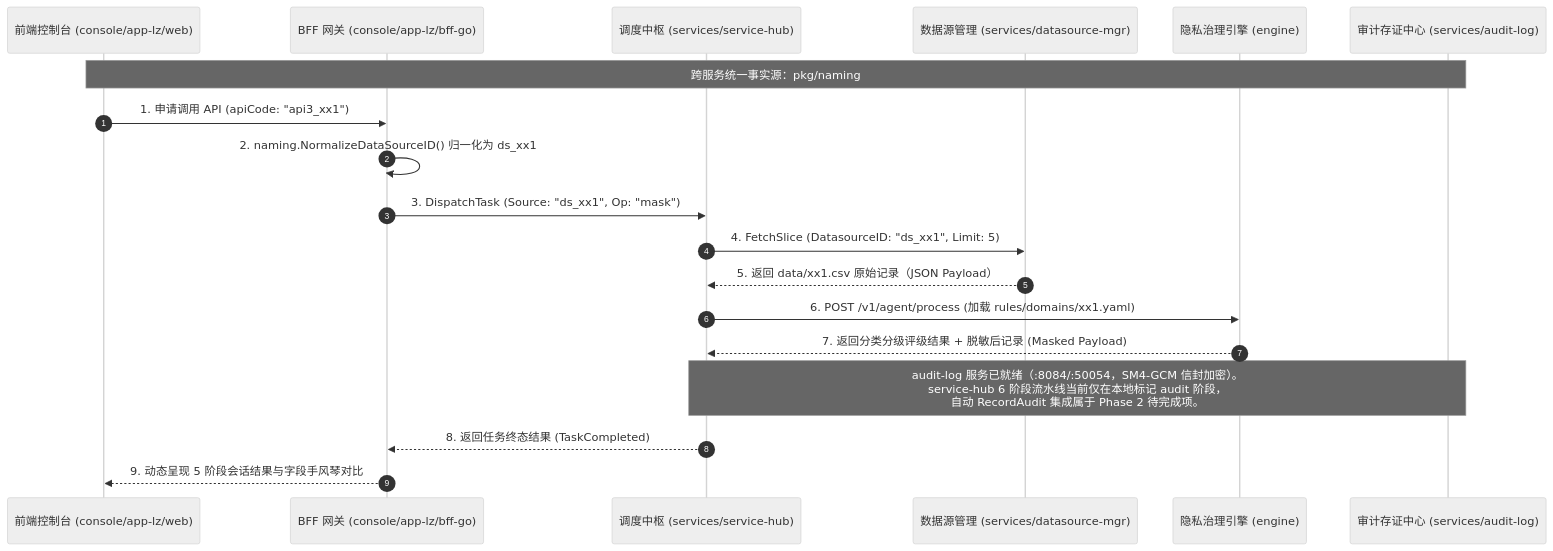
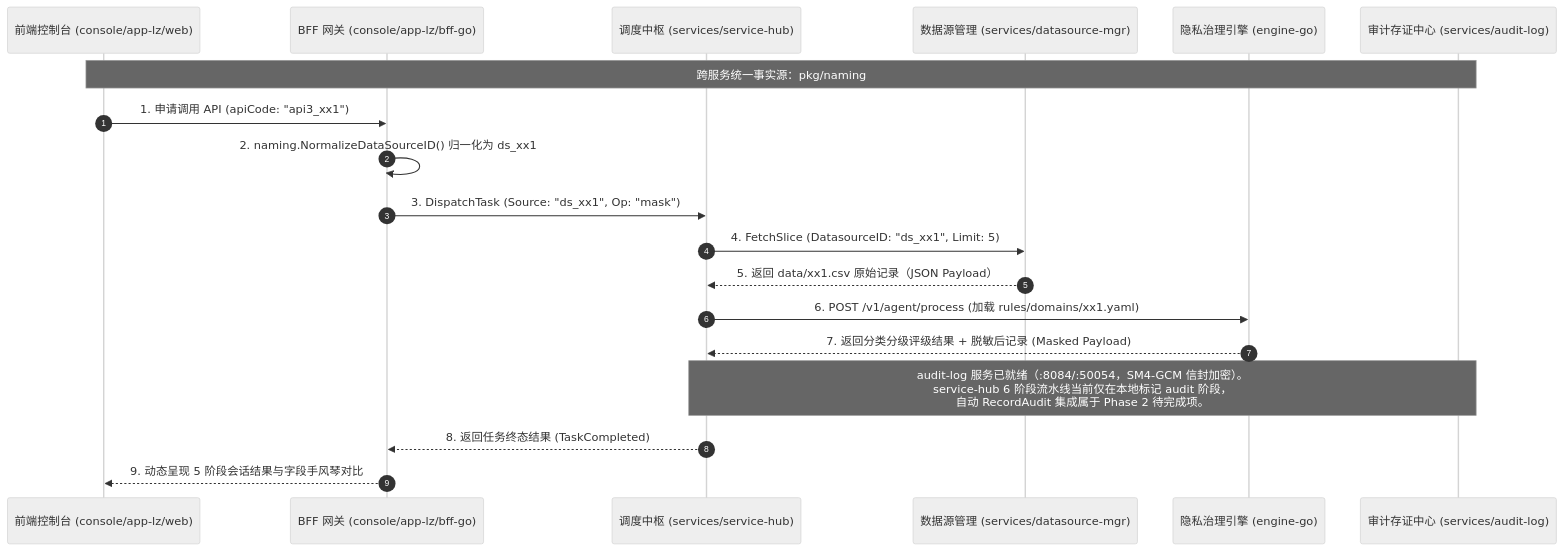
Before and after one commit to fengzhizi319/PrivShield: the first of 2 diagrams in docs/architecture/new_api_design.md, drawn with Mermaid (neutral theme). The commit also changed other lines of this file and 8 other files, not shown here.

Commit message:
docs(architecture): systematically update architecture documentation to 100% Go cloud-native specifications

````diff
--- a/docs/architecture/new_api_design.md
+++ b/docs/architecture/new_api_design.md
@@ -76,22 +76,22 @@
 ```mermaid
 sequenceDiagram
     autonumber
     participant UI as 前端控制台 (console/app-lz/web)
     participant BFF as BFF 网关 (console/app-lz/bff-go)
     participant Hub as 调度中枢 (services/service-hub)
     participant DSMgr as 数据源管理 (services/datasource-mgr)
-    participant Engine as 隐私治理引擎 (engine)
+    participant Engine as 隐私治理引擎 (engine-go)
     participant Audit as 审计存证中心 (services/audit-log)
 
     Note over UI,Audit: 跨服务统一事实源：pkg/naming
     UI->>BFF: 1. 申请调用 API (apiCode: "api3_xx1")
     BFF->>BFF: 2. naming.NormalizeDataSourceID() 归一化为 ds_xx1
     BFF->>Hub: 3. DispatchTask (Source: "ds_xx1", Op: "mask")
     Hub->>DSMgr: 4. FetchSlice (DatasourceID: "ds_xx1", Limit: 5)
     DSMgr-->>Hub: 5. 返回 data/xx1.csv 原始记录（JSON Payload）
     Hub->>Engine: 6. POST /v1/agent/process (加载 rules/domains/xx1.yaml)
     Engine-->>Hub: 7. 返回分类分级评级结果 + 脱敏后记录 (Masked Payload)
     Note over Hub,Audit: audit-log 服务已就绪（:8084/:50054，SM4-GCM 信封加密）。<br/>service-hub 6 阶段流水线当前仅在本地标记 audit 阶段，<br/>自动 RecordAudit 集成属于 Phase 2 待完成项。
     Hub-->>BFF: 8. 返回任务终态结果 (TaskCompleted)
     BFF-->>UI: 9. 动态呈现 5 阶段会话结果与字段手风琴对比
 ```
````
